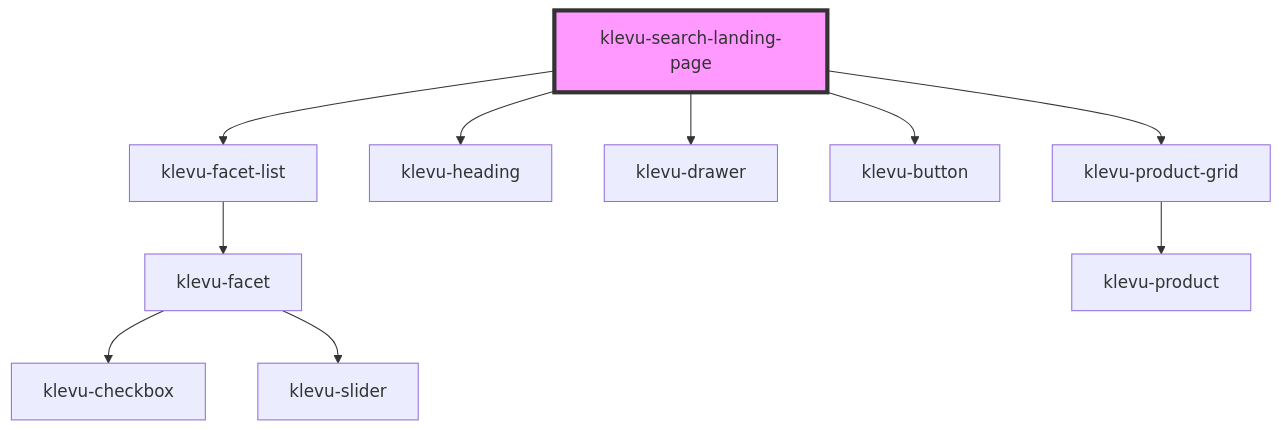
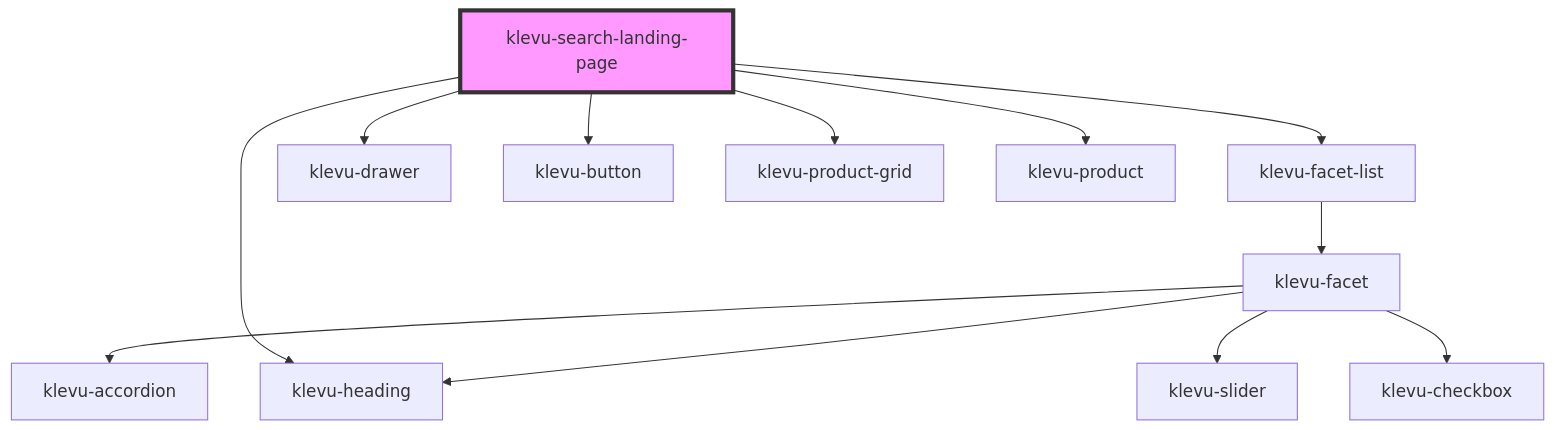
Before and after one commit to klevultd/frontend-sdk: the diagram in packages/klevu-ui/src/components/klevu-search-landing-page/readme.md, drawn with Mermaid. The commit also changed other lines of this file and 60 other files, not shown here.

````diff
--- a/packages/klevu-ui/src/components/klevu-search-landing-page/readme.md
+++ b/packages/klevu-ui/src/components/klevu-search-landing-page/readme.md
@@ -31,13 +32,15 @@
 ```mermaid
 graph TD;
   klevu-search-landing-page --> klevu-facet-list
   klevu-search-landing-page --> klevu-heading
   klevu-search-landing-page --> klevu-drawer
   klevu-search-landing-page --> klevu-button
   klevu-search-landing-page --> klevu-product-grid
+  klevu-search-landing-page --> klevu-product
   klevu-facet-list --> klevu-facet
+  klevu-facet --> klevu-accordion
+  klevu-facet --> klevu-heading
+  klevu-facet --> klevu-slider
   klevu-facet --> klevu-checkbox
-  klevu-facet --> klevu-slider
-  klevu-product-grid --> klevu-product
   style klevu-search-landing-page fill:#f9f,stroke:#333,stroke-width:4px
 ```
````
